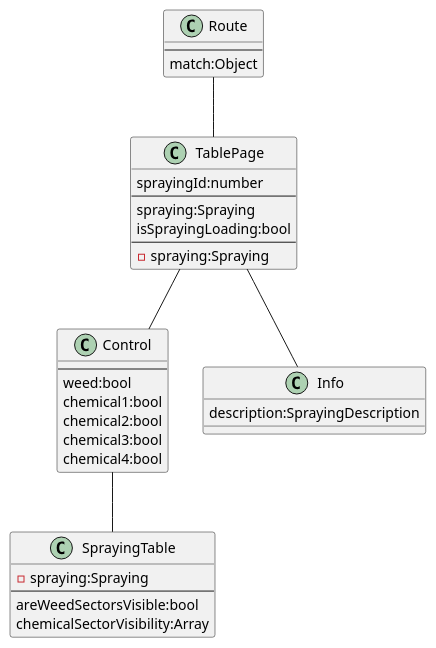
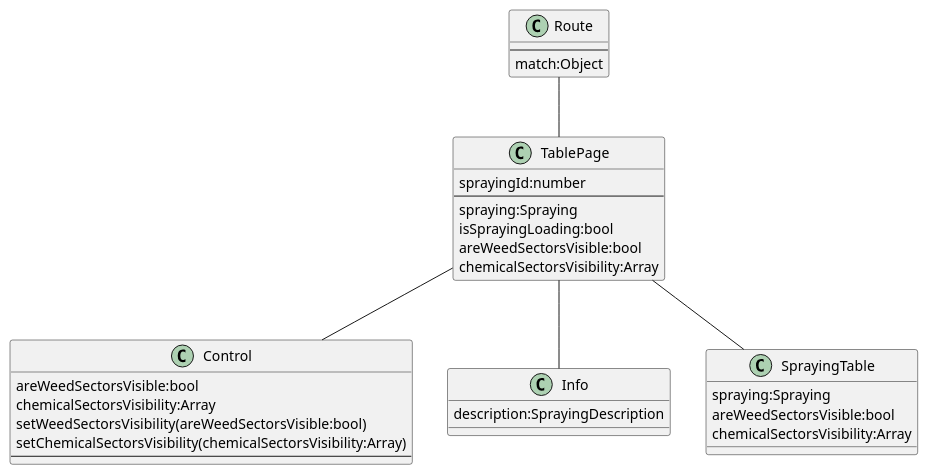
One commit to cbarsony/infested changed the diagram in docs/tablePage.cmp.puml. Above: the diagram before and after it, drawn with PlantUML. The commit also changed 17 other files, not shown here.

```diff
--- a/docs/tablePage.cmp.puml
+++ b/docs/tablePage.cmp.puml
@@ -1,42 +1,40 @@
 @startuml
 
 class Route {
     --
     match:Object
 }
 
 class TablePage {
     sprayingId:number
     --
     spraying:Spraying
     isSprayingLoading:bool
-    --
-    -spraying:Spraying
+    areWeedSectorsVisible:bool
+    chemicalSectorsVisibility:Array
 }
 
 class Control {
+    areWeedSectorsVisible:bool
+    chemicalSectorsVisibility:Array
+    setWeedSectorsVisibility(areWeedSectorsVisible:bool)
+    setChemicalSectorsVisibility(chemicalSectorsVisibility:Array)
     --
-    weed:bool
-    chemical1:bool
-    chemical2:bool
-    chemical3:bool
-    chemical4:bool
 }
 
 class Info {
     description:SprayingDescription
 }
 
 class SprayingTable {
-    -spraying:Spraying
-    --
+    spraying:Spraying
     areWeedSectorsVisible:bool
-    chemicalSectorVisibility:Array
+    chemicalSectorsVisibility:Array
 }
 
 Route -- TablePage
+TablePage -- Info
 TablePage -- Control
-TablePage -- Info
-Control -- SprayingTable
+TablePage -- SprayingTable
 
 @enduml
```
